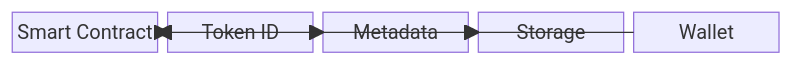
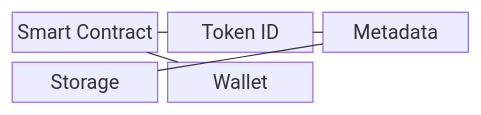
Before and after one commit to agnusdei1207/knowledge-base: the first of 2 diagrams in src/content/docs/notes/08-latest-tech/223_nft_non_fungible_token.md, drawn with Mermaid. The commit also changed other lines of this file and 53 other files, not shown here.

````diff
--- a/src/content/docs/notes/08-latest-tech/223_nft_non_fungible_token.md
+++ b/src/content/docs/notes/08-latest-tech/223_nft_non_fungible_token.md
@@ -51,13 +51,13 @@
 ```mermaid
 block-beta
-  columns 5
+  columns 3
   A["Smart Contract"]
   B["Token ID"]
   C["Metadata"]
   D["Storage"]
   E["Wallet"]
-  A --> B
-  B --> C
-  C --> D
-  E --> A
+  A --- B
+  B --- C
+  C --- D
+  E --- A
 ```
````
